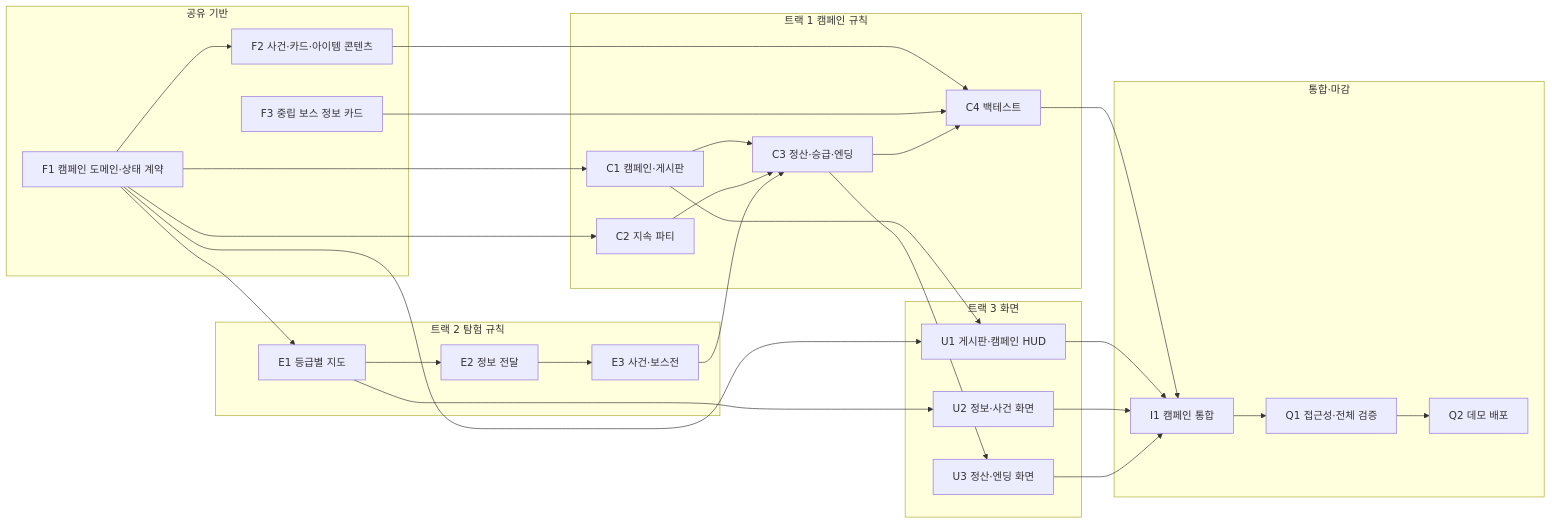
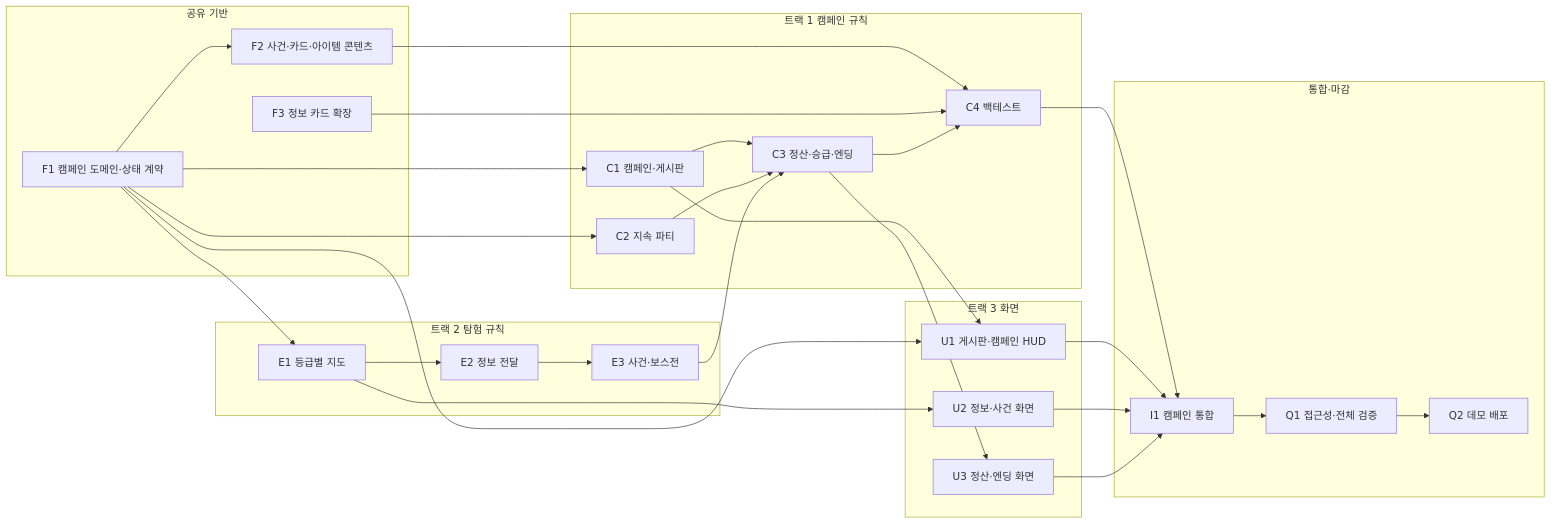
Before and after one commit to LatteBun/Dungeon_Schemer: the diagram in docs/technical/PROTOTYPE_WORK_ASSIGNMENT.md, drawn with Mermaid. The commit also changed other lines of this file and 8 other files, not shown here.

````diff
--- a/docs/technical/PROTOTYPE_WORK_ASSIGNMENT.md
+++ b/docs/technical/PROTOTYPE_WORK_ASSIGNMENT.md
@@ -42,45 +42,45 @@
 ```mermaid
 graph LR
   subgraph L0["공유 기반"]
     F1["F1 캠페인 도메인·상태 계약"]
     F2["F2 사건·카드·아이템 콘텐츠"]
-    F3["F3 중립 보스 정보 카드"]
+    F3["F3 정보 카드 확장"]
   end
   subgraph T1["트랙 1 캠페인 규칙"]
     C1["C1 캠페인·게시판"]
     C2["C2 지속 파티"]
     C3["C3 정산·승급·엔딩"]
     C4["C4 백테스트"]
   end
   subgraph T2["트랙 2 탐험 규칙"]
     E1["E1 등급별 지도"]
     E2["E2 정보 전달"]
     E3["E3 사건·보스전"]
   end
   subgraph T3["트랙 3 화면"]
     U1["U1 게시판·캠페인 HUD"]
     U2["U2 정보·사건 화면"]
     U3["U3 정산·엔딩 화면"]
   end
   subgraph L4["통합·마감"]
     I1["I1 캠페인 통합"]
     Q1["Q1 접근성·전체 검증"]
     Q2["Q2 데모 배포"]
   end
 
   F1 --> C1 & C2 & E1 & F2 & U1
   F2 --> C4
   F3 --> C4
   C1 --> C3 & U1
   C2 --> C3
   E1 --> E2 & U2
   E2 --> E3
   E3 --> C3
   C3 --> C4 & U3
   C4 --> I1
   U1 --> I1
   U2 --> I1
   U3 --> I1
   I1 --> Q1
   Q1 --> Q2
 ```
````
